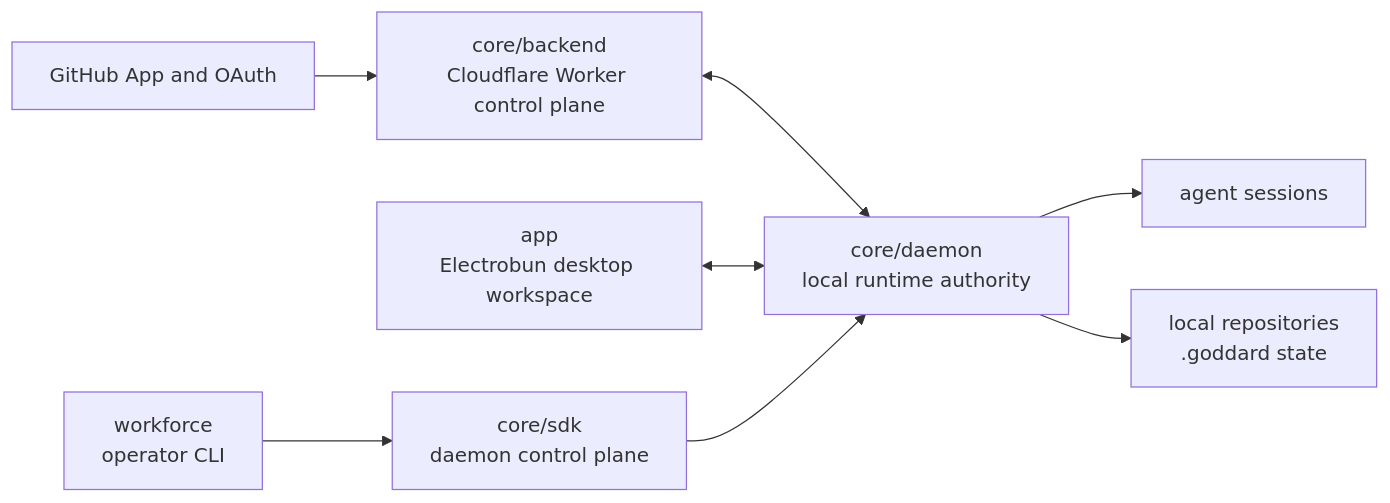
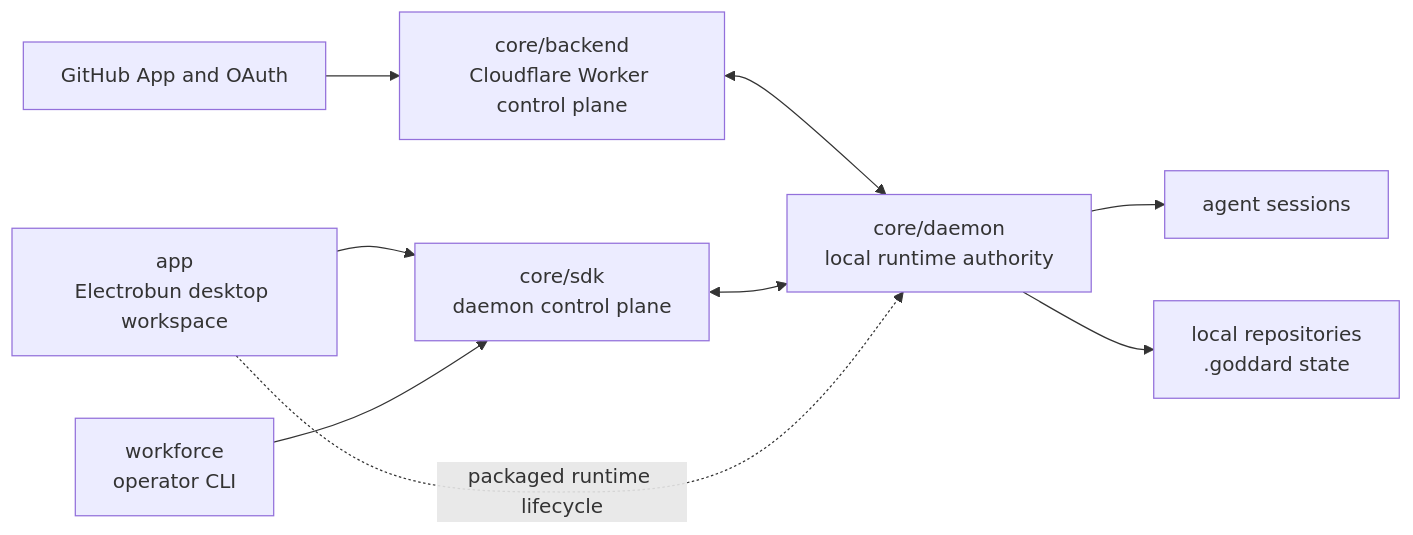
One commit to koko2bit/Goddard changed the diagram in ARCHITECTURE.md. Above: the diagram before and after it, drawn with Mermaid. The commit also changed other lines of this file, not shown here.

First line of the commit message:
docs: clarify app daemon control path

````diff
--- a/ARCHITECTURE.md
+++ b/ARCHITECTURE.md
@@ -15,19 +15,20 @@
 ```mermaid
 flowchart LR
   GitHub["GitHub App and OAuth"]
   Backend["core/backend<br/>Cloudflare Worker control plane"]
   Daemon["core/daemon<br/>local runtime authority"]
   App["app<br/>Electrobun desktop workspace"]
   SDK["core/sdk<br/>daemon control plane"]
   Workforce["workforce<br/>operator CLI"]
   Agents["agent sessions"]
   Repo["local repositories<br/>.goddard state"]
 
   GitHub --> Backend
   Backend <--> Daemon
-  App <--> Daemon
-  SDK --> Daemon
+  App --> SDK
   Workforce --> SDK
+  SDK <--> Daemon
+  App -. "packaged runtime lifecycle" .-> Daemon
   Daemon --> Agents
   Daemon --> Repo
 ```
````
